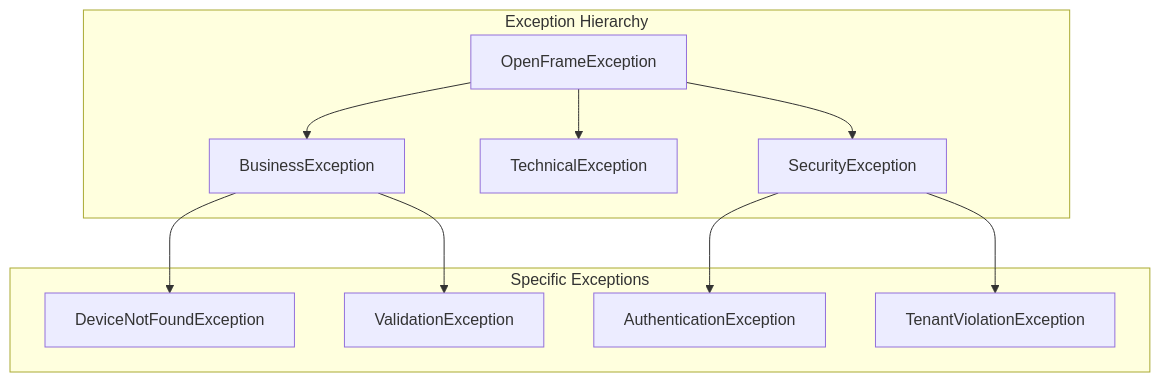
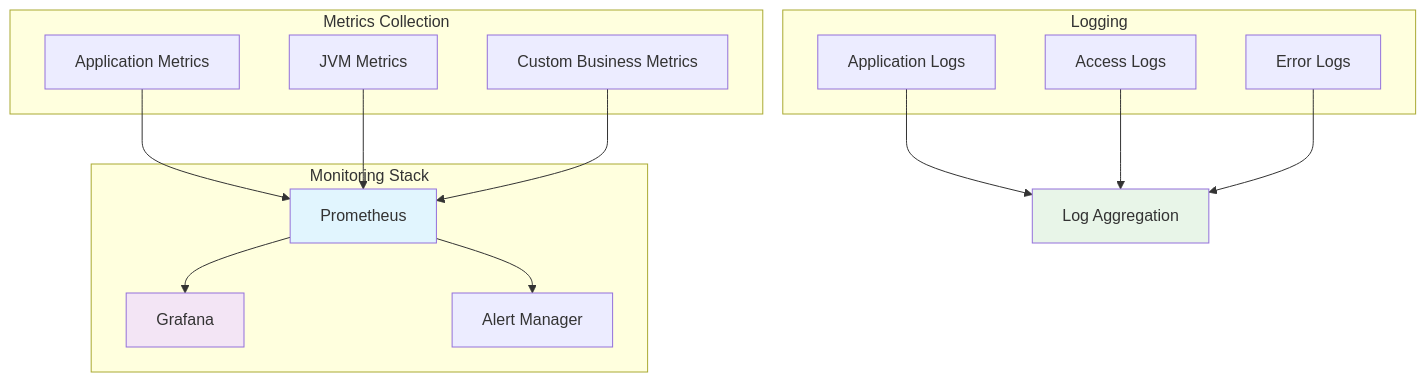
Before and after one commit to flamingo-stack/openframe-oss-lib: diagram 12 of 13 in docs/development/architecture/overview.md, drawn with Mermaid. The commit also changed other lines of this file and 12 other files, not shown here.

````diff
--- a/docs/development/architecture/overview.md
+++ b/docs/development/architecture/overview.md
@@ -743,25 +657,35 @@
 ```mermaid
-graph TB
-    subgraph "Exception Hierarchy"
-        BASE[OpenFrameException]
-        BUSINESS[BusinessException]
-        TECHNICAL[TechnicalException]
-        SECURITY[SecurityException]
+graph TD
+    subgraph "Metrics Collection"
+        AppMetrics[Application Metrics]
+        JVMMetrics[JVM Metrics]
+        CustomMetrics[Custom Business Metrics]
     end
     
-    subgraph "Specific Exceptions"
-        NOT_FOUND[DeviceNotFoundException]
-        VALIDATION[ValidationException]
-        AUTH_FAILED[AuthenticationException]
-        TENANT_VIOLATION[TenantViolationException]
+    subgraph "Monitoring Stack"
+        Prometheus[Prometheus]
+        Grafana[Grafana]
+        AlertManager[Alert Manager]
     end
     
-    BASE --> BUSINESS
-    BASE --> TECHNICAL
-    BASE --> SECURITY
+    subgraph "Logging"
+        AppLogs[Application Logs]
+        AccessLogs[Access Logs]
+        ErrorLogs[Error Logs]
+    end
     
-    BUSINESS --> NOT_FOUND
-    BUSINESS --> VALIDATION
-    SECURITY --> AUTH_FAILED
-    SECURITY --> TENANT_VIOLATION
+    AppMetrics --> Prometheus
+    JVMMetrics --> Prometheus
+    CustomMetrics --> Prometheus
+    
+    Prometheus --> Grafana
+    Prometheus --> AlertManager
+    
+    AppLogs --> LogAggregation[Log Aggregation]
+    AccessLogs --> LogAggregation
+    ErrorLogs --> LogAggregation
+    
+    style Prometheus fill:#e1f5fe
+    style Grafana fill:#f3e5f5
+    style LogAggregation fill:#e8f5e8
 ```
````
